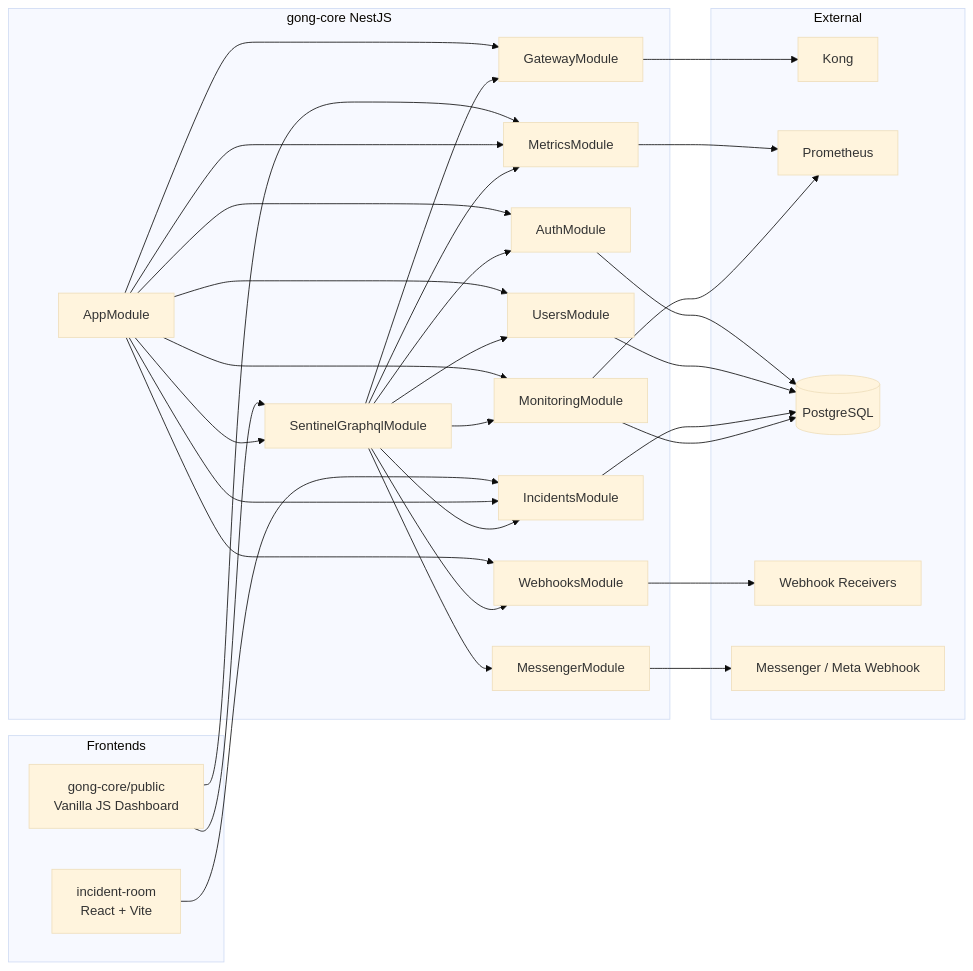
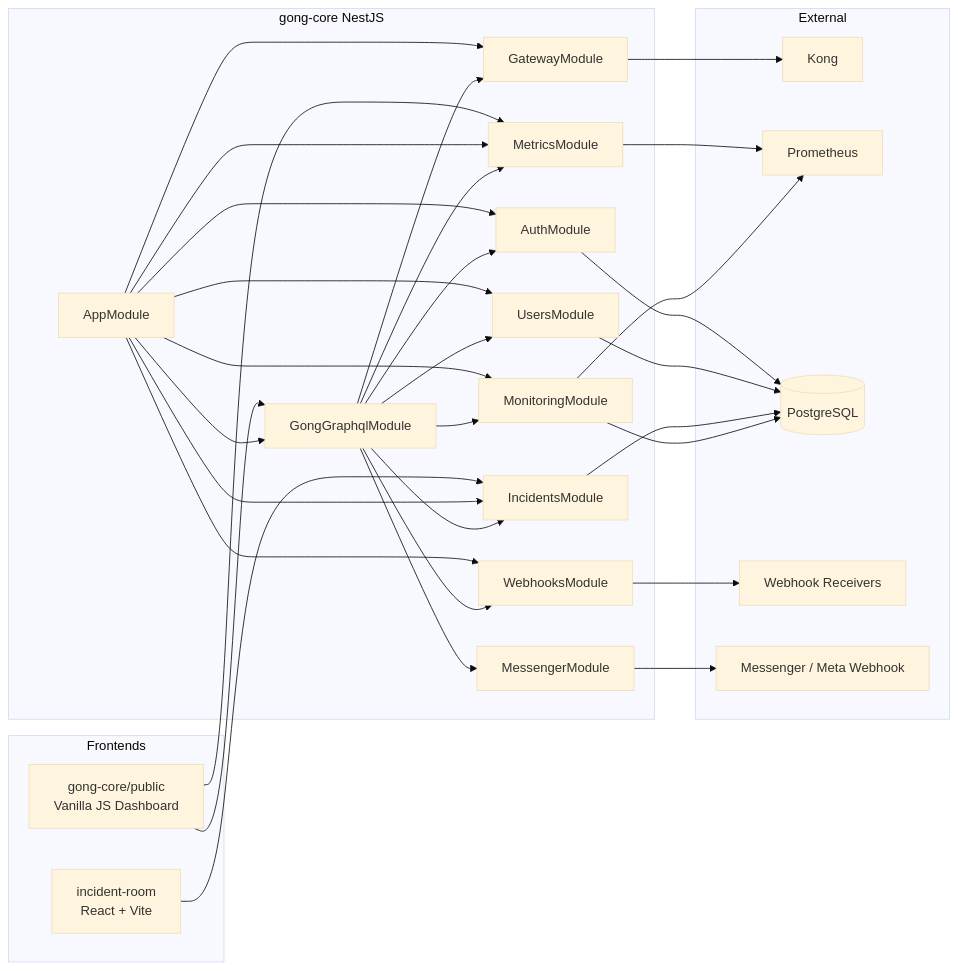
The third of 17 diagrams in ARCHITECTUR.md (WEB-TEAM-2526-GL3/Gong-Gateway), drawn with Mermaid (base theme) before and after one commit. The commit also changed other lines of this file and 17 other files, not shown here.

````diff
--- a/ARCHITECTUR.md
+++ b/ARCHITECTUR.md
@@ -94,60 +94,60 @@
 ```mermaid
 flowchart LR
   subgraph Frontends
     StaticDashboard["gong-core/public\nVanilla JS Dashboard"]
     ReactIncidentRoom["incident-room\nReact + Vite"]
   end
 
   subgraph Backend["gong-core NestJS"]
     AppModule[AppModule]
-    GraphQLModule[SentinelGraphqlModule]
+    GraphQLModule[GongGraphqlModule]
     AuthModule[AuthModule]
     UsersModule[UsersModule]
     GatewayModule[GatewayModule]
     IncidentsModule[IncidentsModule]
     MonitoringModule[MonitoringModule]
     MetricsModule[MetricsModule]
     WebhooksModule[WebhooksModule]
     MessengerModule[MessengerModule]
   end
 
   subgraph External
     Kong[Kong]
     Prom[Prometheus]
     DB[(PostgreSQL)]
     WebhookReceivers[Webhook Receivers]
     Meta[Messenger / Meta Webhook]
   end
 
   StaticDashboard --> GraphQLModule
   StaticDashboard --> MetricsModule
   ReactIncidentRoom --> IncidentsModule
 
   AppModule --> GraphQLModule
   AppModule --> AuthModule
   AppModule --> UsersModule
   AppModule --> GatewayModule
   AppModule --> IncidentsModule
   AppModule --> MonitoringModule
   AppModule --> MetricsModule
   AppModule --> WebhooksModule
 
   GraphQLModule --> AuthModule
   GraphQLModule --> UsersModule
   GraphQLModule --> GatewayModule
   GraphQLModule --> IncidentsModule
   GraphQLModule --> MonitoringModule
   GraphQLModule --> MetricsModule
   GraphQLModule --> WebhooksModule
   GraphQLModule --> MessengerModule
 
   GatewayModule --> Kong
   MetricsModule --> Prom
   MonitoringModule --> Prom
   AuthModule --> DB
   UsersModule --> DB
   IncidentsModule --> DB
   MonitoringModule --> DB
   WebhooksModule --> WebhookReceivers
   MessengerModule --> Meta
 ```
````
